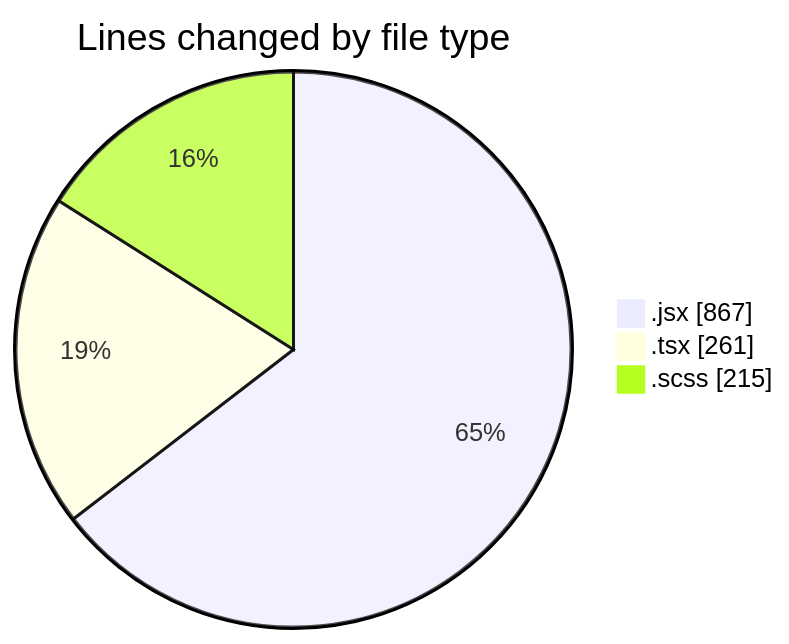
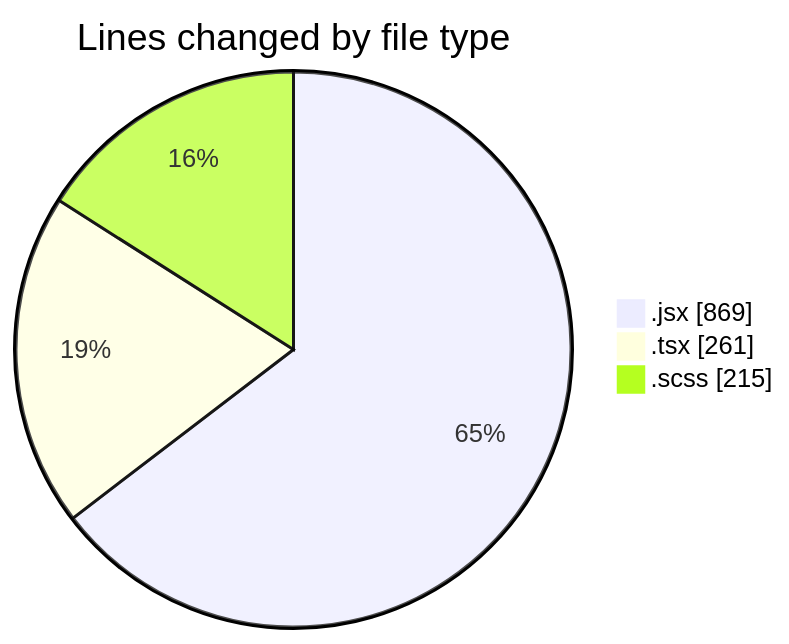
One commit to momahboobian/code-tracking changed the first of 2 diagrams in 2026-02-11/cda/README.md. Above: the diagram before and after it, drawn with Mermaid. The commit also changed other lines of this file and 1 other file, not shown here.

````diff
--- a/2026-02-11/cda/README.md
+++ b/2026-02-11/cda/README.md
@@ -25,7 +25,7 @@
 ```mermaid
 pie showData
 title Lines changed by file type
-".jsx" : 867
+".jsx" : 869
 ".tsx" : 261
 ".scss" : 215
 ```
````
